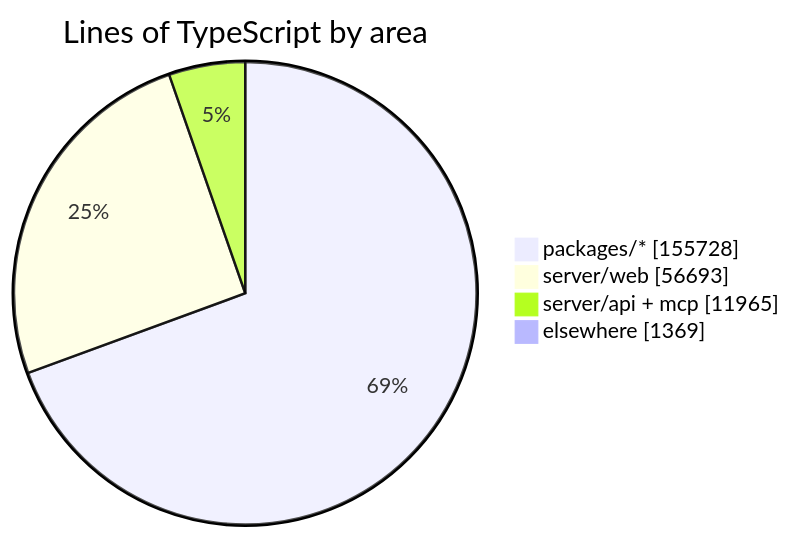
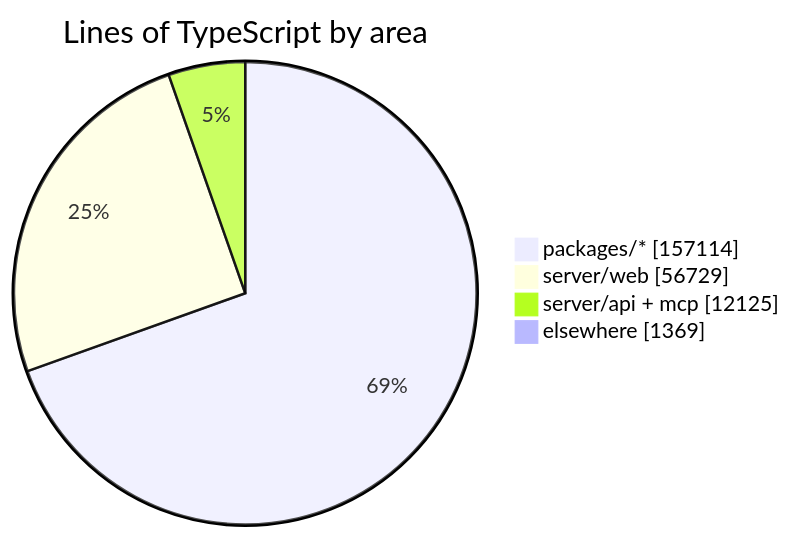
Before and after one commit to crossworks-engineering/mantle: the diagram in README.md, drawn with Mermaid. The commit also changed other lines of this file and 2 other files, not shown here.

````diff
--- a/README.md
+++ b/README.md
@@ -279,7 +279,7 @@
 ```mermaid
 pie showData title Lines of TypeScript by area
-    "packages/*" : 155728
-    "server/web" : 56693
-    "server/api + mcp" : 11965
+    "packages/*" : 157114
+    "server/web" : 56729
+    "server/api + mcp" : 12125
     "elsewhere" : 1369
 ```
````
